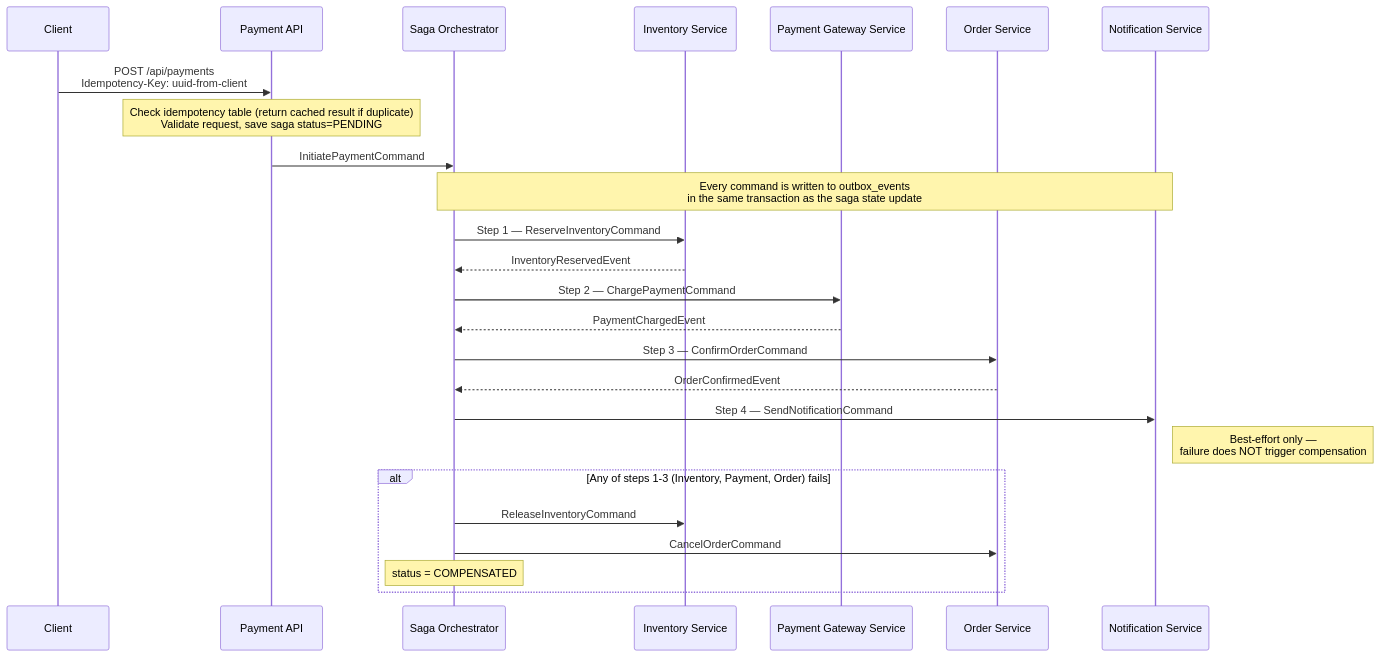
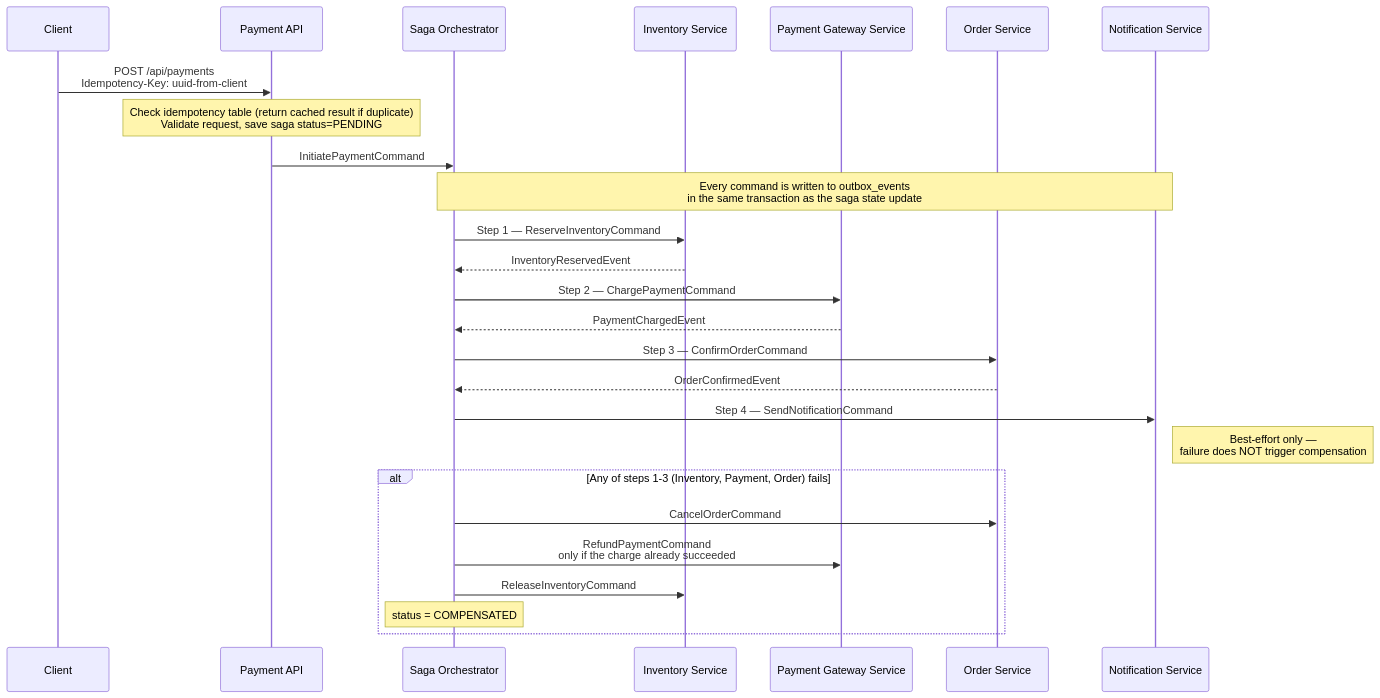
One commit to rppol/system-design changed the first of 2 diagrams in src/main/java/com/rutik/systemdesign/backend/case_studies/design_payment_processor/README.md. Above: the diagram before and after it, drawn with Mermaid. The commit also changed other lines of this file and 13 other files, not shown here.

````diff
--- a/src/main/java/com/rutik/systemdesign/backend/case_studies/design_payment_processor/README.md
+++ b/src/main/java/com/rutik/systemdesign/backend/case_studies/design_payment_processor/README.md
@@ -20,30 +20,31 @@
 ```mermaid
 sequenceDiagram
     participant C as Client
     participant API as Payment API
     participant ORCH as Saga Orchestrator
     participant INV as Inventory Service
     participant PAY as Payment Gateway Service
     participant ORD as Order Service
     participant NOTIF as Notification Service
 
     C->>API: POST /api/payments<br/>Idempotency-Key: uuid-from-client
     Note over API: Check idempotency table (return cached result if duplicate)<br/>Validate request, save saga status=PENDING
     API->>ORCH: InitiatePaymentCommand
     Note over ORCH,NOTIF: Every command is written to outbox_events<br/>in the same transaction as the saga state update
 
     ORCH->>INV: Step 1 — ReserveInventoryCommand
     INV-->>ORCH: InventoryReservedEvent
     ORCH->>PAY: Step 2 — ChargePaymentCommand
     PAY-->>ORCH: PaymentChargedEvent
     ORCH->>ORD: Step 3 — ConfirmOrderCommand
     ORD-->>ORCH: OrderConfirmedEvent
     ORCH->>NOTIF: Step 4 — SendNotificationCommand
     Note right of NOTIF: Best-effort only —<br/>failure does NOT trigger compensation
 
     alt Any of steps 1-3 (Inventory, Payment, Order) fails
+        ORCH->>ORD: CancelOrderCommand
+        ORCH->>PAY: RefundPaymentCommand<br/>only if the charge already succeeded
         ORCH->>INV: ReleaseInventoryCommand
-        ORCH->>ORD: CancelOrderCommand
         Note over ORCH: status = COMPENSATED
     end
 ```
````
